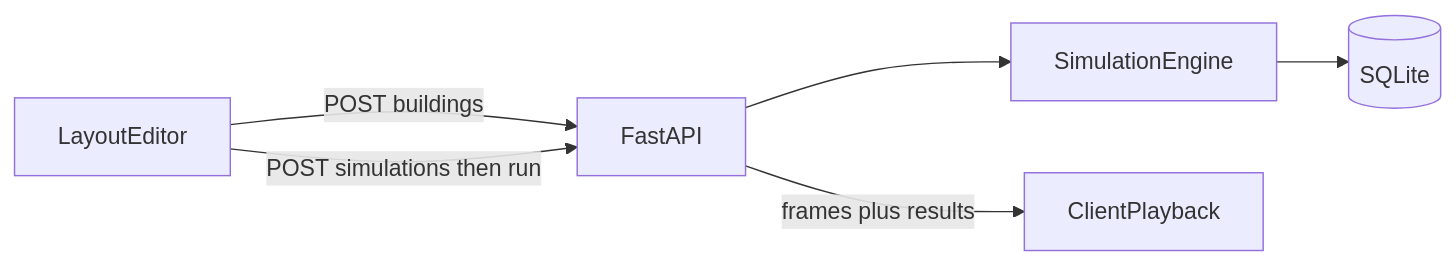
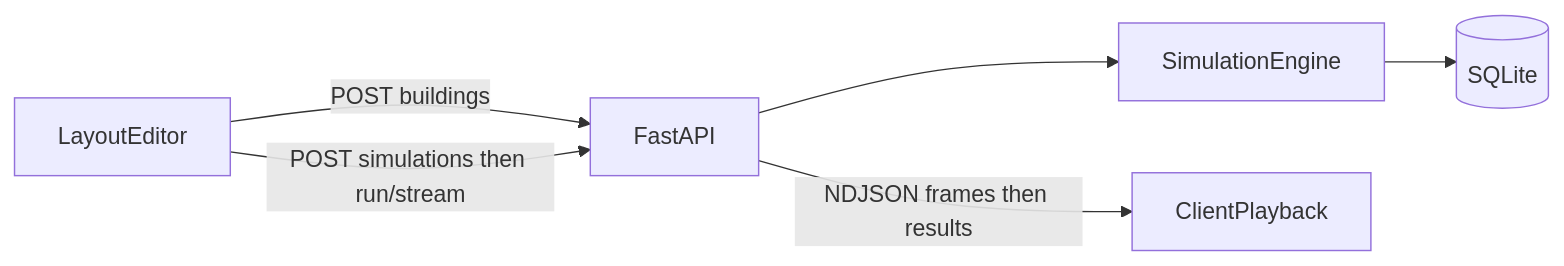
One commit to jack-schultz/evacuation-simulation changed the diagram in docs/how-it-works.md. Above: the diagram before and after it, drawn with Mermaid. The commit also changed other lines of this file and 11 other files, not shown here.

````diff
--- a/docs/how-it-works.md
+++ b/docs/how-it-works.md
@@ -19,8 +19,8 @@
 ```mermaid
 flowchart LR
   Editor[LayoutEditor] -->|POST buildings| API[FastAPI]
-  Editor -->|POST simulations then run| API
+  Editor -->|POST simulations then run/stream| API
   API --> Engine[SimulationEngine]
   Engine --> DB[(SQLite)]
-  API -->|frames plus results| Playback[ClientPlayback]
+  API -->|NDJSON frames then results| Playback[ClientPlayback]
 ```
````
